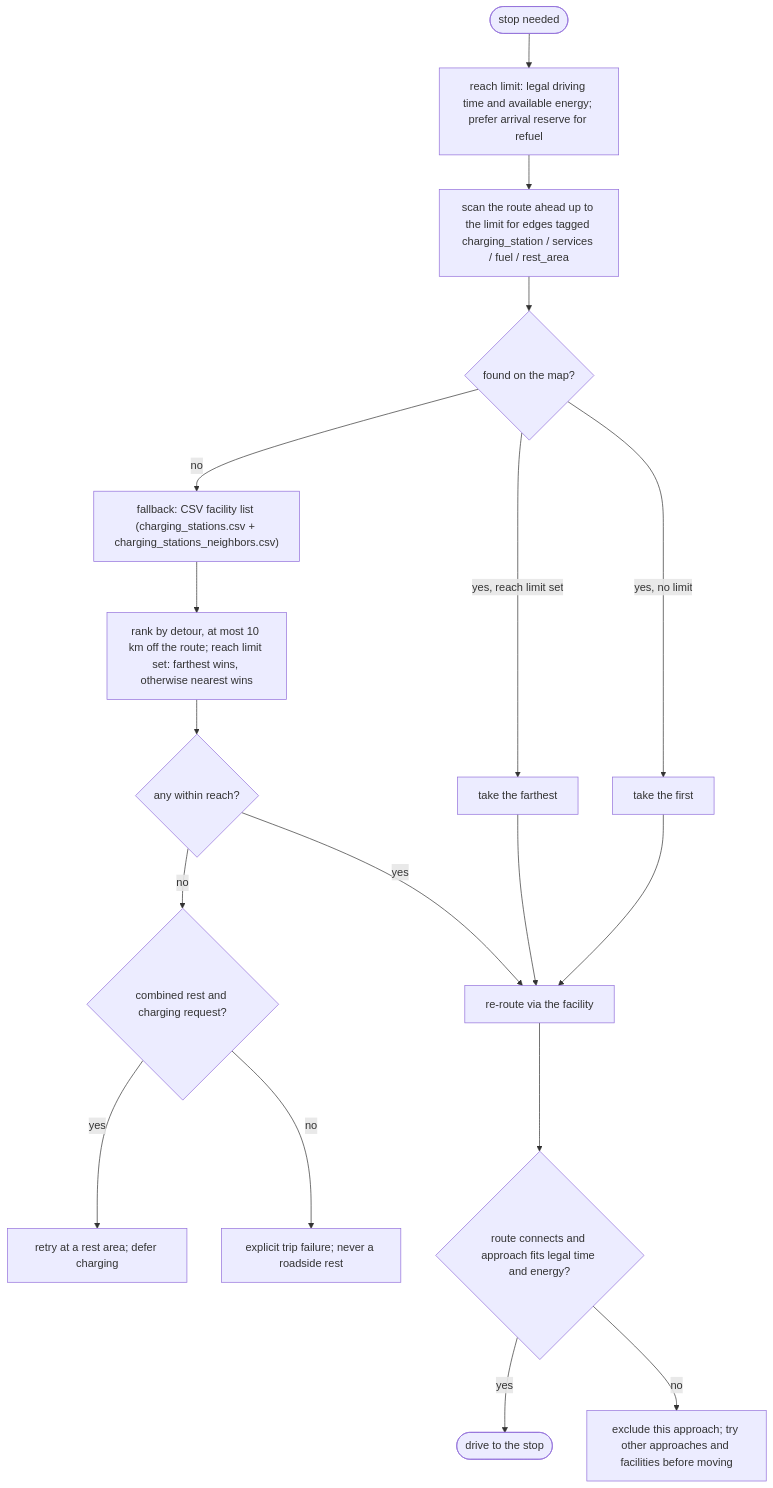
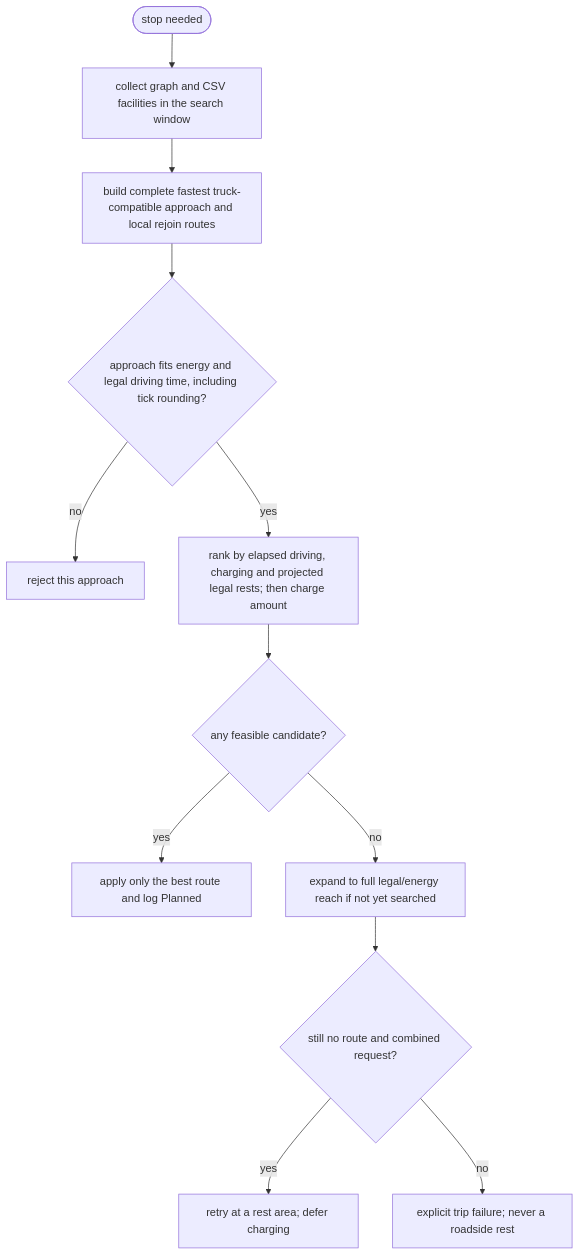
Before and after one commit to MARS-Group-HAW/model-soh: the fourth of 4 diagrams in SOHTruckFuelAlternativeBox/docs/driving-behaviour.md, drawn with Mermaid. The commit also changed other lines of this file and 1 other file, not shown here.

Commit message:
docs: describe stop routing, ranking and rest merging

````diff
--- a/SOHTruckFuelAlternativeBox/docs/driving-behaviour.md
+++ b/SOHTruckFuelAlternativeBox/docs/driving-behaviour.md
@@ -149,20 +161,14 @@
 ```mermaid
 flowchart TD
-    S([stop needed]) --> RL["reach limit: legal driving time and available energy; prefer arrival reserve for refuel"]
-    RL --> M["scan the route ahead up to the limit for edges tagged charging_station / services / fuel / rest_area"]
-    M --> F{"found on the map?"}
-    F -- "yes, reach limit set" --> FAR["take the farthest"]
-    F -- "yes, no limit" --> NEAR["take the first"]
-    F -- no --> CSV["fallback: CSV facility list (charging_stations.csv + charging_stations_neighbors.csv)"]
-    CSV --> RANK["rank by detour, at most 10 km off the route; reach limit set: farthest wins, otherwise nearest wins"]
-    RANK --> OK{"any within reach?"}
-    OK -- yes --> PL["re-route via the facility"]
-    OK -- no --> COMBO{"combined rest and charging request?"}
+    S([stop needed]) --> SCAN["collect graph and CSV facilities in the search window"]
+    SCAN --> ROUTE["build complete fastest truck-compatible approach and local rejoin routes"]
+    ROUTE --> SAFE{"approach fits energy and legal driving time, including tick rounding?"}
+    SAFE -- no --> SKIP["reject this approach"]
+    SAFE -- yes --> RANK["rank by elapsed driving, charging and projected legal rests; then charge amount"]
+    RANK --> OK{"any feasible candidate?"}
+    OK -- yes --> APPLY["apply only the best route and log Planned"]
+    OK -- no --> EXPAND["expand to full legal/energy reach if not yet searched"]
+    EXPAND --> COMBO{"still no route and combined request?"}
     COMBO -- yes --> REST["retry at a rest area; defer charging"]
     COMBO -- no --> RS["explicit trip failure; never a roadside rest"]
-    FAR --> PL
-    NEAR --> PL
-    PL --> FAIL{"route connects and approach fits legal time and energy?"}
-    FAIL -- yes --> GO([drive to the stop])
-    FAIL -- no --> SKIP["exclude this approach; try other approaches and facilities before moving"]
 ```
````
